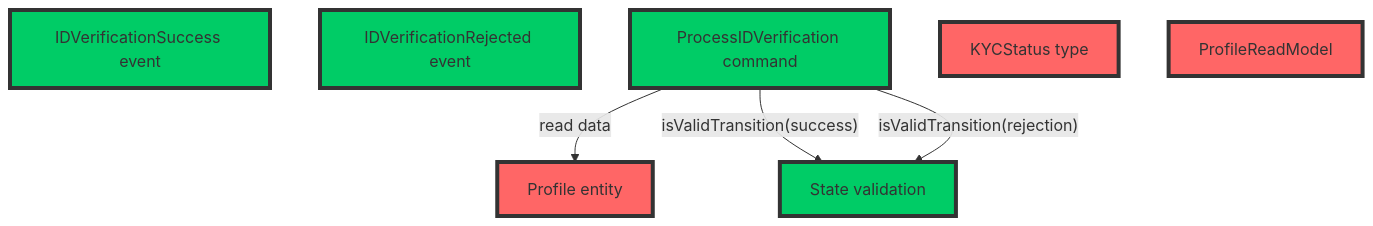
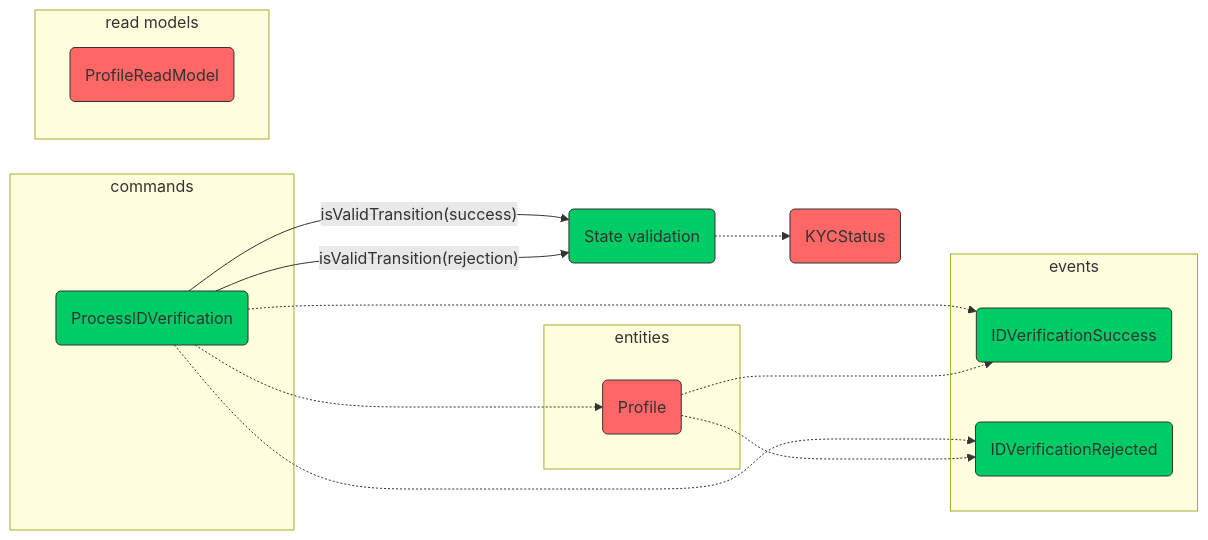
One commit to boostercloud/kyc-example changed the fifth of 13 diagrams in README.md. Above: the diagram before and after it, drawn with Mermaid. The commit also changed other lines of this file and 10 other files, not shown here.

````diff
--- a/README.md
+++ b/README.md
@@ -203,14 +254,28 @@
 ```mermaid
-graph TD;
-    classDef red fill:#ff6666,stroke:#333,stroke-width:4px,color:#333;
-    classDef green fill:#00cc66,stroke:#333,stroke-width:4px,color:#333;
-    B[IDVerificationSuccess event];
-    C[IDVerificationRejected event];
-    A[ProcessIDVerification command] -->|"read data"| D[Profile entity];
-    A -->|"isValidTransition(success)"| E[State validation];
-    A -->|"isValidTransition(rejection)"| E[State validation];
-    F[KYCStatus type];
-    G[ProfileReadModel];
+graph LR
+    classDef red fill:#ff6666,stroke:#333,stroke-width:1px,color:#333;
+    classDef green fill:#00cc66,stroke:#333,stroke-width:1px,color:#333;
+    subgraph commands
+        A(ProcessIDVerification)
+    end
+    subgraph entities
+        D(Profile)
+    end
+    subgraph read models
+        G(ProfileReadModel)
+    end
+    subgraph events
+        B(IDVerificationSuccess)
+        C(IDVerificationRejected)
+    end
+    A -->|"isValidTransition(success)"| E(State validation)
+    A -->|"isValidTransition(rejection)"| E
+    A -.-> B
+    A -.-> C
+    A -.-> D
+    E -.-> F(KYCStatus)
+    D -..-> B
+    D -..-> C
     class A,E,B,C green;
     class D,F,G red;
 ```
````
